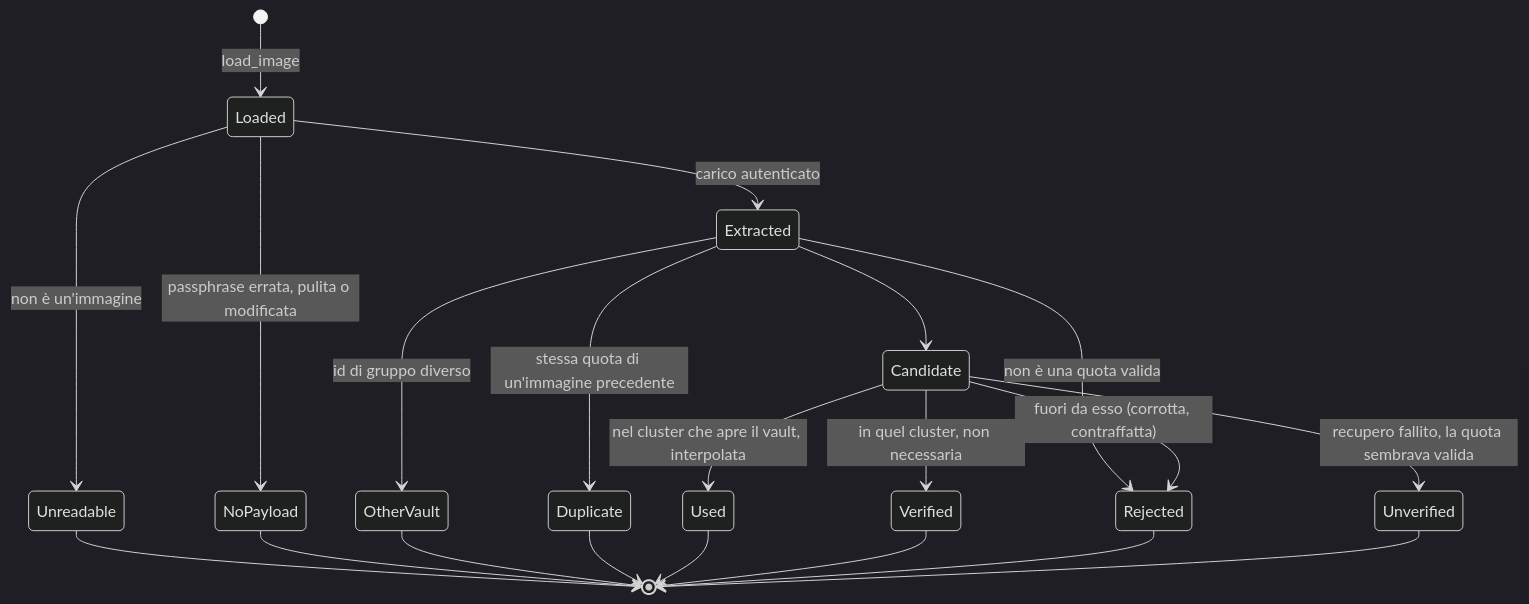
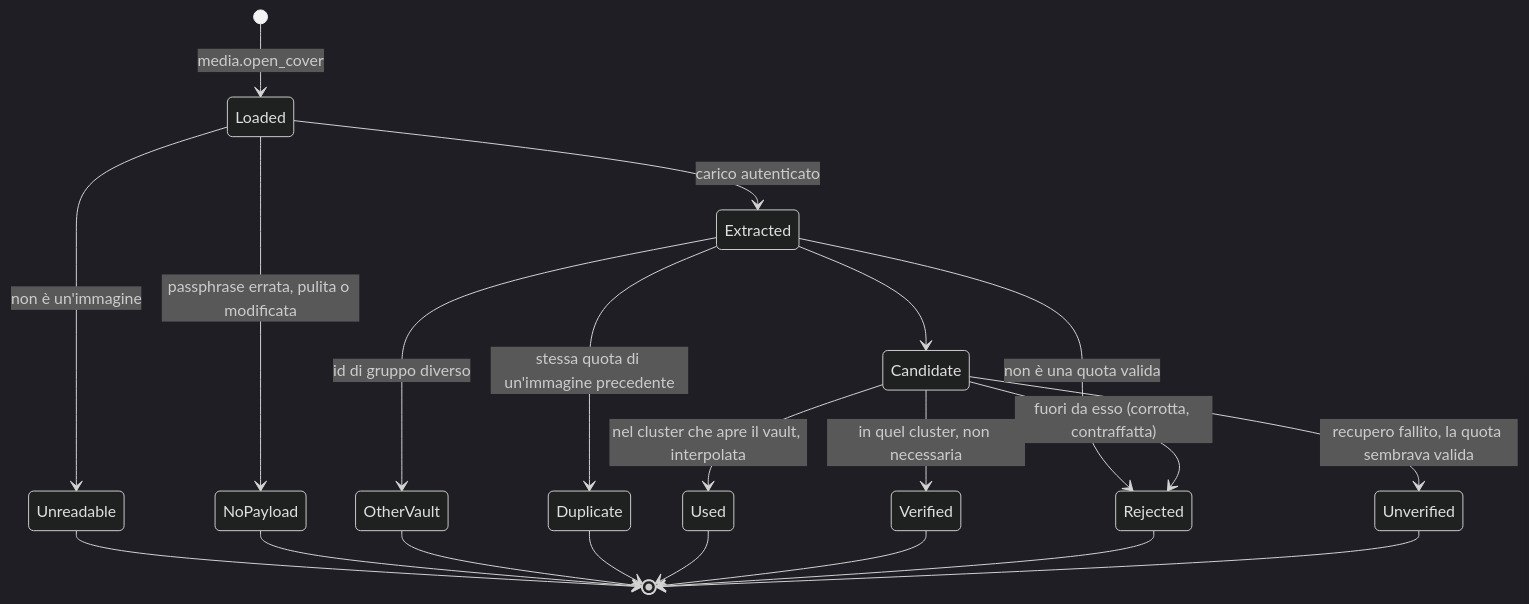
One commit to Just-Ipavon/shardpix changed the sixth of 7 diagrams in docs_it/04-runtime-behaviour.md. Above: the diagram before and after it, drawn with Mermaid (dark theme). The commit also changed other lines of this file and 8 other files, not shown here.

````diff
--- a/docs_it/04-runtime-behaviour.md
+++ b/docs_it/04-runtime-behaviour.md
@@ -241,23 +250,23 @@
 ```mermaid
 stateDiagram-v2
-    [*] --> Loaded: load_image
+    [*] --> Loaded: media.open_cover
     Loaded --> Unreadable: non è un'immagine
     Loaded --> Extracted: carico autenticato
     Loaded --> NoPayload: passphrase errata, pulita o modificata
     Extracted --> Rejected: non è una quota valida
     Extracted --> OtherVault: id di gruppo diverso
     Extracted --> Duplicate: stessa quota di un'immagine precedente
     Extracted --> Candidate
     Candidate --> Used: nel cluster che apre il vault, interpolata
     Candidate --> Verified: in quel cluster, non necessaria
     Candidate --> Rejected: fuori da esso (corrotta, contraffatta)
     Candidate --> Unverified: recupero fallito, la quota sembrava valida
     Unreadable --> [*]
     NoPayload --> [*]
     OtherVault --> [*]
     Duplicate --> [*]
     Used --> [*]
     Verified --> [*]
     Rejected --> [*]
     Unverified --> [*]
 ```
````
